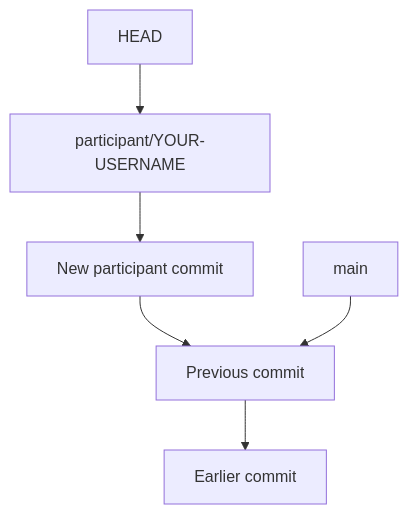
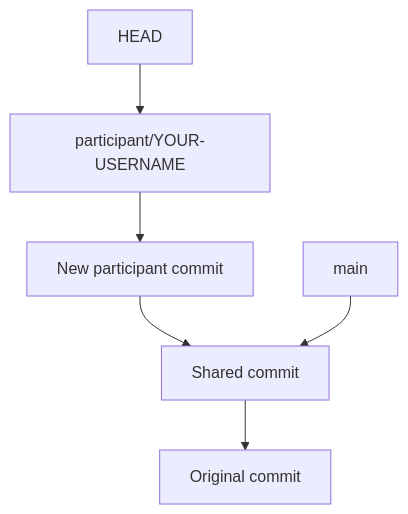
The second of 3 diagrams in workshop/04-branches-and-pull-requests.md (mdi-group/intro-to-git-workshop), drawn with Mermaid before and after one commit. The commit also changed other lines of this file and 16 other files, not shown here.

````diff
--- a/workshop/04-branches-and-pull-requests.md
+++ b/workshop/04-branches-and-pull-requests.md
@@ -71,8 +71,8 @@
 ```mermaid
 flowchart TB
     H[HEAD] --> P[participant/YOUR-USERNAME]
     P --> C[New participant commit]
-    C --> B[Previous commit]
+    C --> B[Shared commit]
     M[main] --> B
-    B --> A[Earlier commit]
+    B --> A[Original commit]
 ```
````
